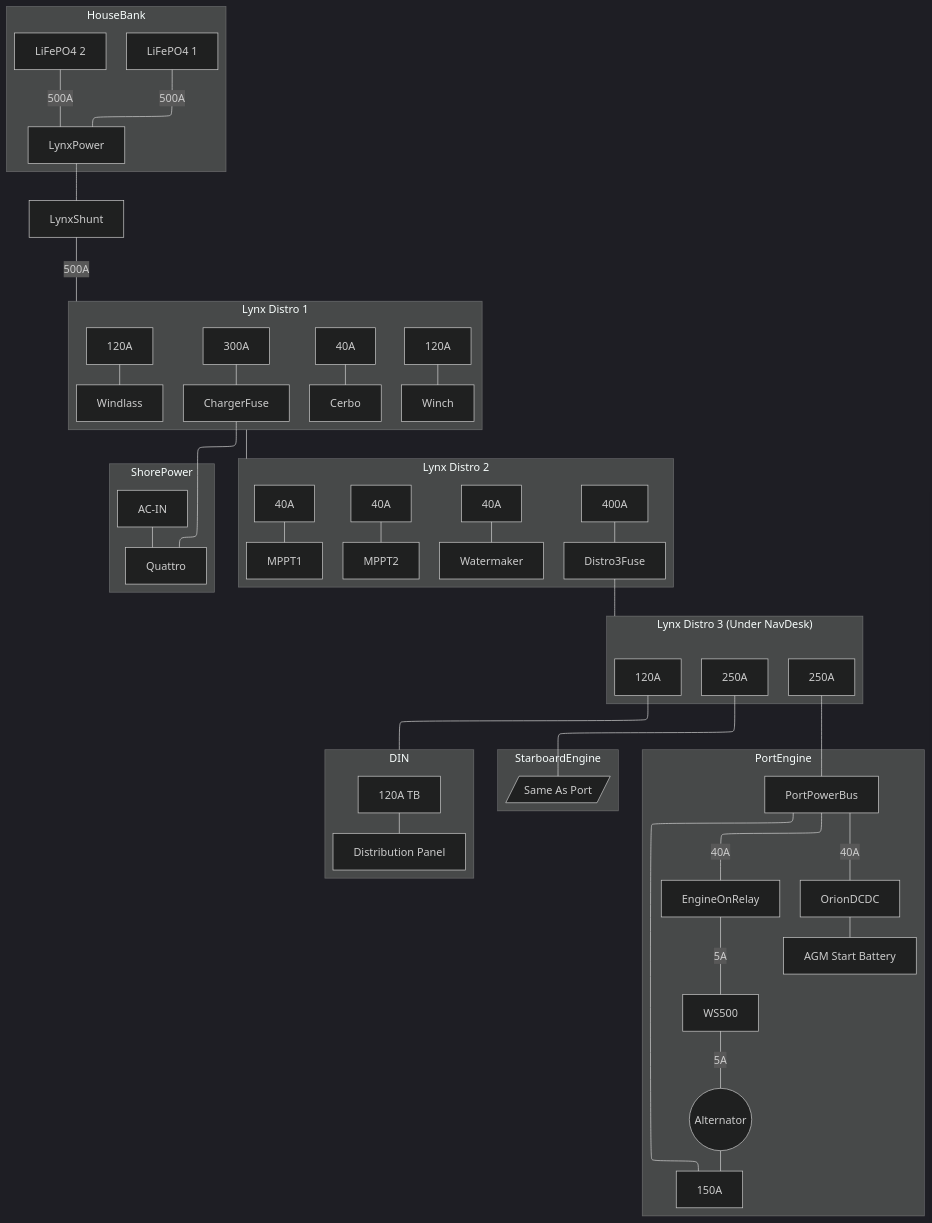
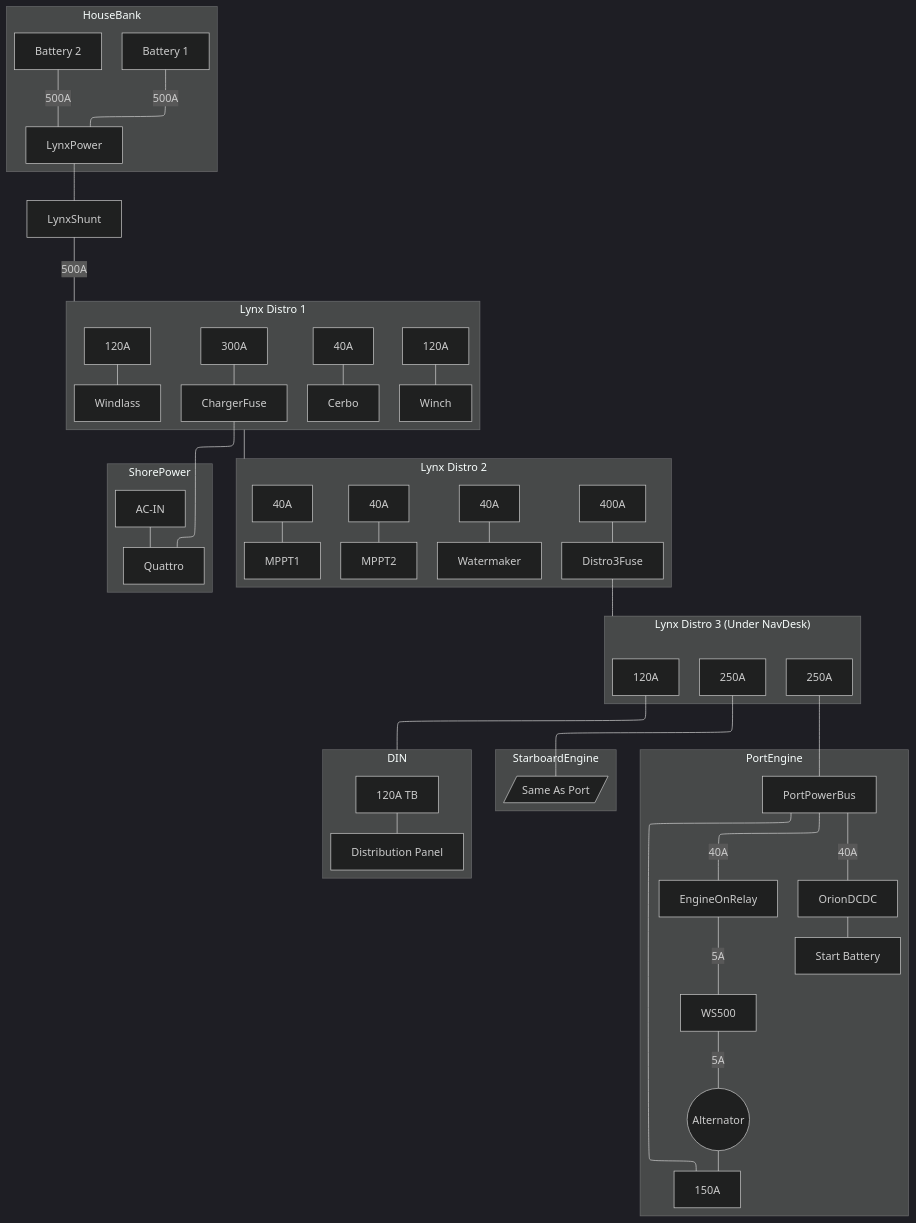
The diagram in owners_manual/PowerDistribution.md (dcoon/svharmony), drawn with Mermaid (dark theme) before and after one commit.

Commit message:
vault backup: 2023-12-30 08:32:35

```diff
--- a/owners_manual/PowerDistribution.md
+++ b/owners_manual/PowerDistribution.md
@@ -6,9 +6,9 @@
   
   subgraph HouseBank
   
-  Battery1["LiFePO4 1"] ---|500A| LynxPower
+  Battery1["Battery 1"] ---|500A| LynxPower
   
-  Battery2["LiFePO4 2"] ---|500A| LynxPower
+  Battery2["Battery 2"] ---|500A| LynxPower
   
   end
   
@@ -58,7 +58,7 @@
   
   subgraph PortEngine
   
-  PortPowerBus ---|40A| OrionDCDC --- PortStartBattery["AGM Start Battery"]
+  PortPowerBus ---|40A| OrionDCDC --- PortStartBattery["Start Battery"]
   
   PortPowerBus ---|40A| EngineOnRelay ---|5A| WS500
   
```
